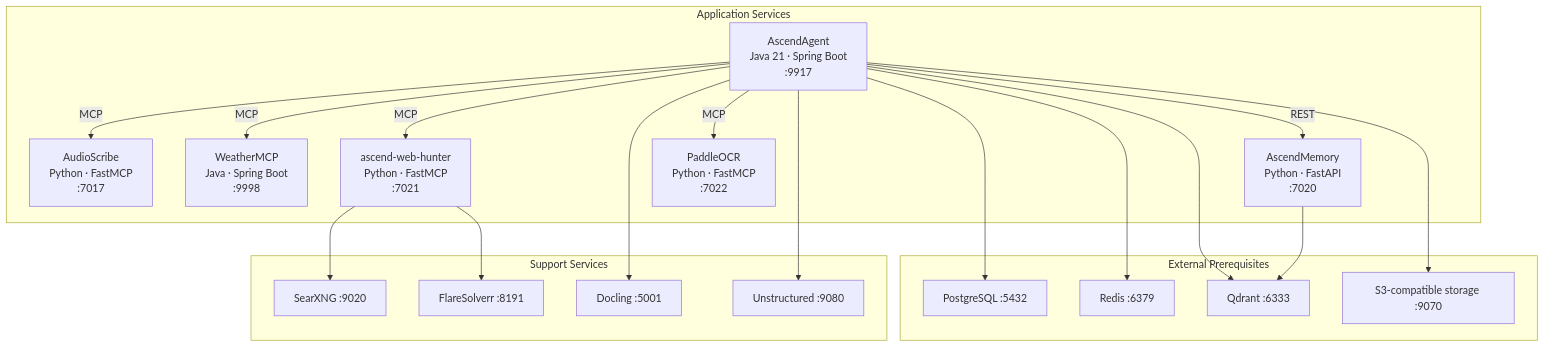
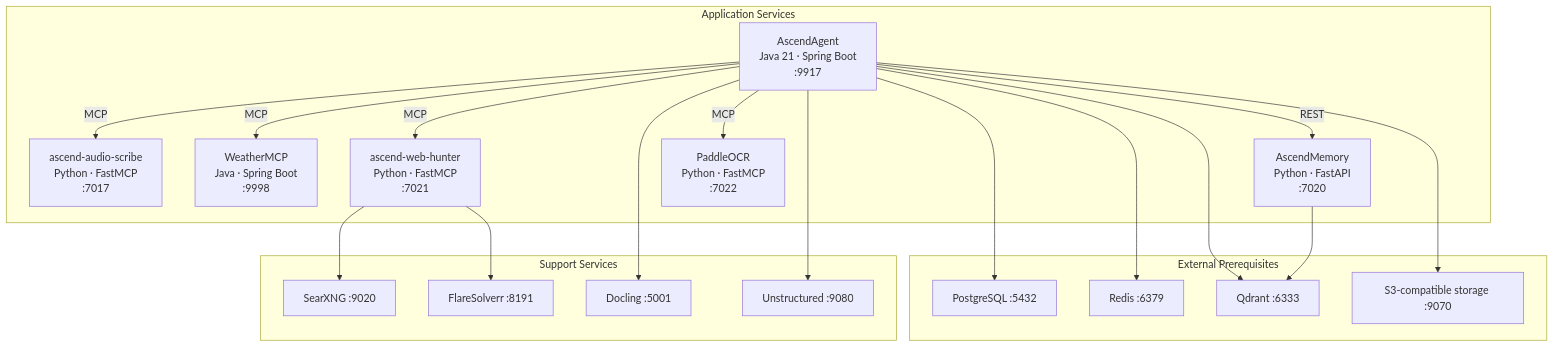
Before and after one commit to Lukk17/AscendAI: the first of 3 diagrams in docs/architecture/arc42/03-building-blocks.md, drawn with Mermaid. The commit also changed other lines of this file and 218 other files, not shown here.

````diff
--- a/docs/architecture/arc42/03-building-blocks.md
+++ b/docs/architecture/arc42/03-building-blocks.md
@@ -7,40 +7,40 @@
 ```mermaid
 graph TB
     subgraph "Application Services"
         Agent["AscendAgent<br/>Java 21 · Spring Boot<br/>:9917"]
-        AudioScribe["AudioScribe<br/>Python · FastMCP<br/>:7017"]
+        AudioScribe["ascend-audio-scribe<br/>Python · FastMCP<br/>:7017"]
         Weather["WeatherMCP<br/>Java · Spring Boot<br/>:9998"]
         WebHunter["ascend-web-hunter<br/>Python · FastMCP<br/>:7021"]
         Memory["AscendMemory<br/>Python · FastAPI<br/>:7020"]
         PaddleOCR["PaddleOCR<br/>Python · FastMCP<br/>:7022"]
     end
 
     subgraph "External Prerequisites"
         Postgres["PostgreSQL :5432"]
         Redis["Redis :6379"]
         Qdrant["Qdrant :6333"]
         S3["S3-compatible storage :9070"]
     end
 
     subgraph "Support Services"
         SearXNG["SearXNG :9020"]
         Flare["FlareSolverr :8191"]
         Docling["Docling :5001"]
         Unstructured["Unstructured :9080"]
     end
 
     Agent -->|"MCP"| AudioScribe
     Agent -->|"MCP"| Weather
     Agent -->|"MCP"| WebHunter
     Agent -->|"MCP"| PaddleOCR
     Agent -->|"REST"| Memory
     Agent --> Postgres
     Agent --> Redis
     Agent --> Qdrant
     Agent --> S3
     Agent --> Docling
     Agent --> Unstructured
     WebHunter --> SearXNG
     WebHunter --> Flare
     Memory --> Qdrant
 ```
````
